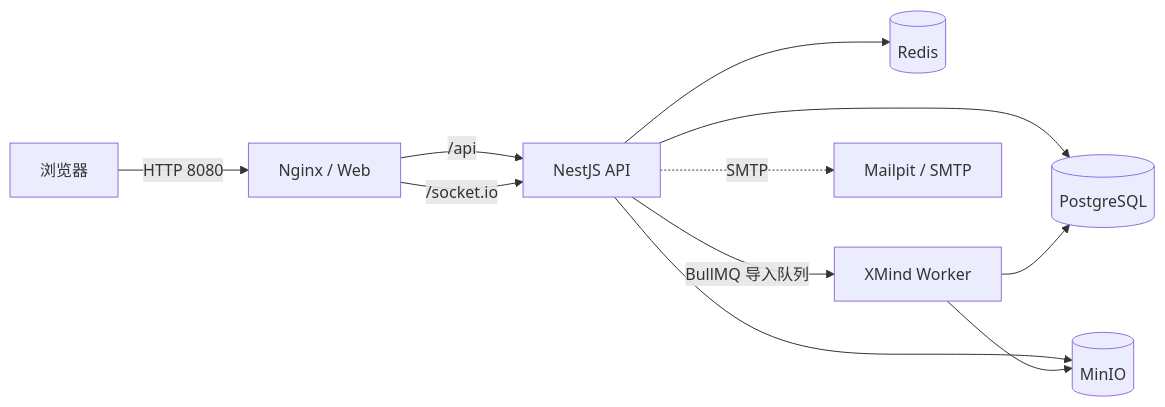
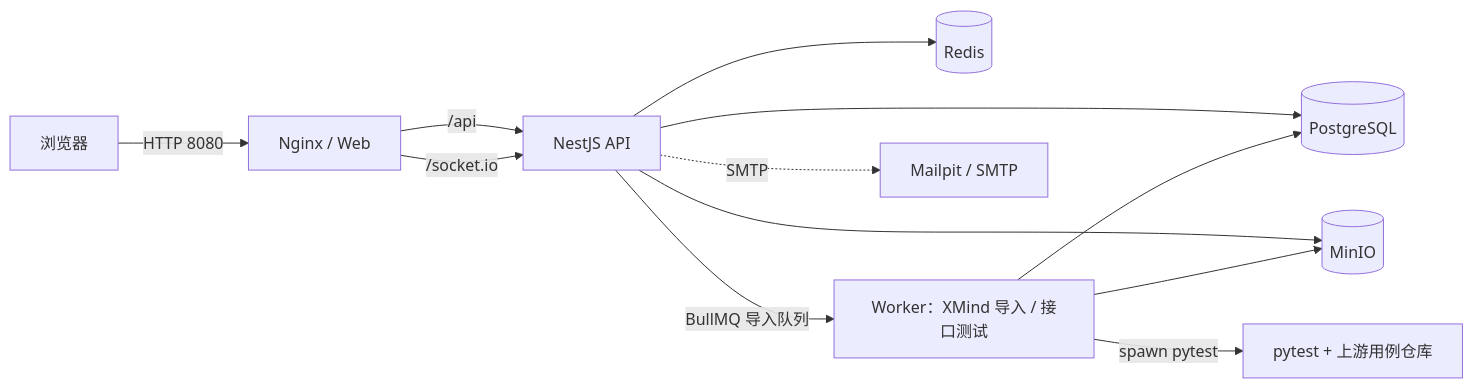
Before and after one commit to Evan-Hz28/share-mind-map: the diagram in README.md, drawn with Mermaid. The commit also changed other lines of this file and 26 other files, not shown here.

````diff
--- a/README.md
+++ b/README.md
@@ -141,13 +153,14 @@
 ```mermaid
 flowchart LR
     B[浏览器] -->|HTTP 8080| N[Nginx / Web]
     N -->|/api| A[NestJS API]
     N -->|/socket.io| A
     A --> PG[(PostgreSQL)]
     A --> RD[(Redis)]
     A --> MO[(MinIO)]
-    A -->|BullMQ 导入队列| W[XMind Worker]
+    A -->|BullMQ 导入队列| W[Worker：XMind 导入 / 接口测试]
     W --> PG
     W --> MO
+    W -->|spawn pytest| T[pytest + 上游用例仓库]
     A -.->|SMTP| MP[Mailpit / SMTP]
 ```
````
